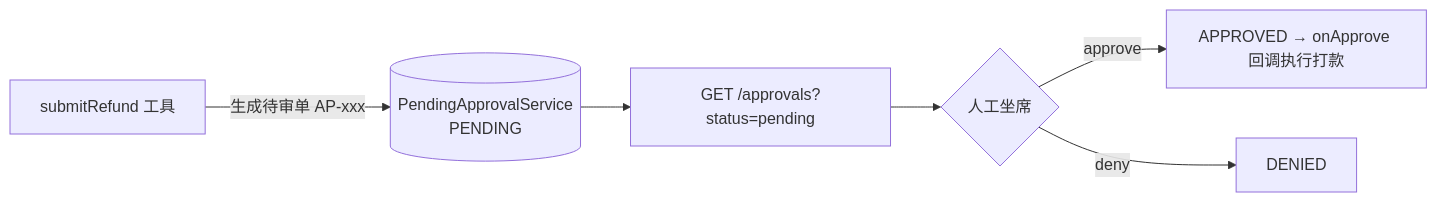
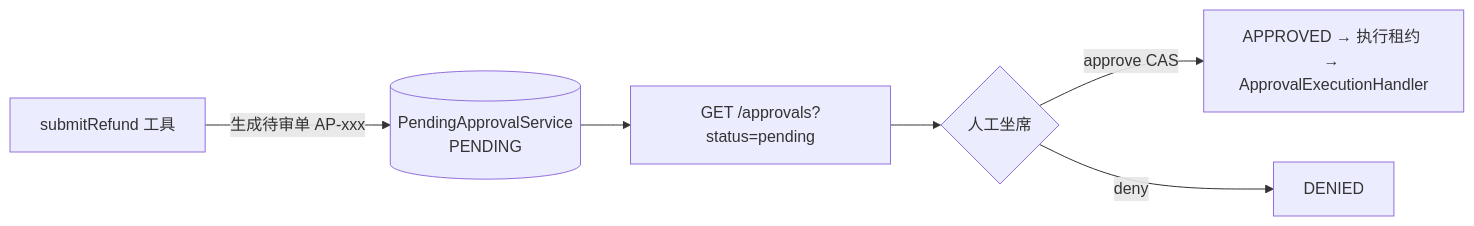
Before and after one commit to liulangjietou/customer_work: diagram 25 of 33 in docs/详细技术文档.md, drawn with Mermaid. The commit also changed other lines of this file and 179 other files, not shown here.

````diff
--- a/docs/详细技术文档.md
+++ b/docs/详细技术文档.md
@@ -859,8 +862,8 @@
 ```mermaid
 flowchart LR
     T["submitRefund 工具"] -->|生成待审单 AP-xxx| ST[(PendingApprovalService<br/>PENDING)]
     ST --> Q["GET /approvals?status=pending"]
     Q --> H{人工坐席}
-    H -->|approve| AP["APPROVED → onApprove 回调执行打款"]
+    H -->|approve CAS| AP["APPROVED → 执行租约 → ApprovalExecutionHandler"]
     H -->|deny| DN["DENIED"]
 ```
````
